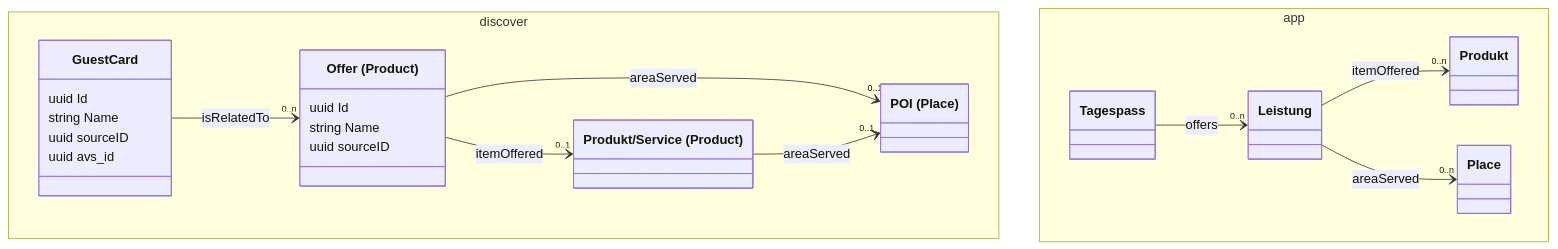
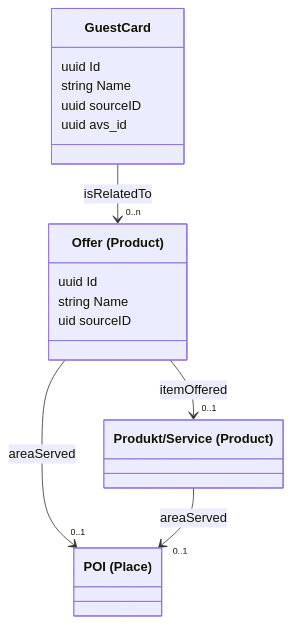
One commit to tsolenthaler/docs.contentdesk.io changed the fifth of 8 diagrams in docs/projects/glarnerlandApp.md. Above: the diagram before and after it, drawn with Mermaid. The commit also changed other lines of this file, not shown here.

Commit message:
Refactor gaestekarte.md: Update properties and add missing connections

````diff
--- a/docs/projects/glarnerlandApp.md
+++ b/docs/projects/glarnerlandApp.md
@@ -169,46 +165,27 @@
 ``` mermaid
 classDiagram
     direction TB
-    namespace discover {
-        class GuestCard{
-            uuid Id
-            string Name
-            uuid sourceID
-            uuid avs_id
-        }
-        class Offer{
-            uuid Id
-            string Name
-            uuid sourceID
-        }
+    class GuestCard{
+        uuid Id
+        string Name
+        uuid sourceID
+        uuid avs_id
+    }
+    class Offer{
+        uuid Id
+        string Name
+        uid sourceID
+    }
 
-        class Place["POI (Place)"]
+    class Place["POI (Place)"]
 
-        class Offer["Offer (Product)"]
+    class Offer["Offer (Product)"]
 
-        class Product["Produkt/Service (Product)"]
-    }
+    class Product["Produkt/Service (Product)"]
+
     GuestCard --> "0..n" Offer : isRelatedTo
 
     Offer --> "0..1" Product : itemOffered
     Offer --> "0..1" Place : areaServed
     Product --> "0..1" Place : areaServed
-
-    namespace app {
-        class Tagespass {
-
-        }
-        class Leistung {
-
-        }
-        class OrtApp
-        class ProduktApp
-
-        class OrtApp["Place"]
-        class ProduktApp["Produkt"]
-    }
-
-    Tagespass --> "0..n" Leistung : offers
-    Leistung --> "0..n" ProduktApp : itemOffered
-    Leistung --> "0..n" OrtApp : areaServed
 ```
````
